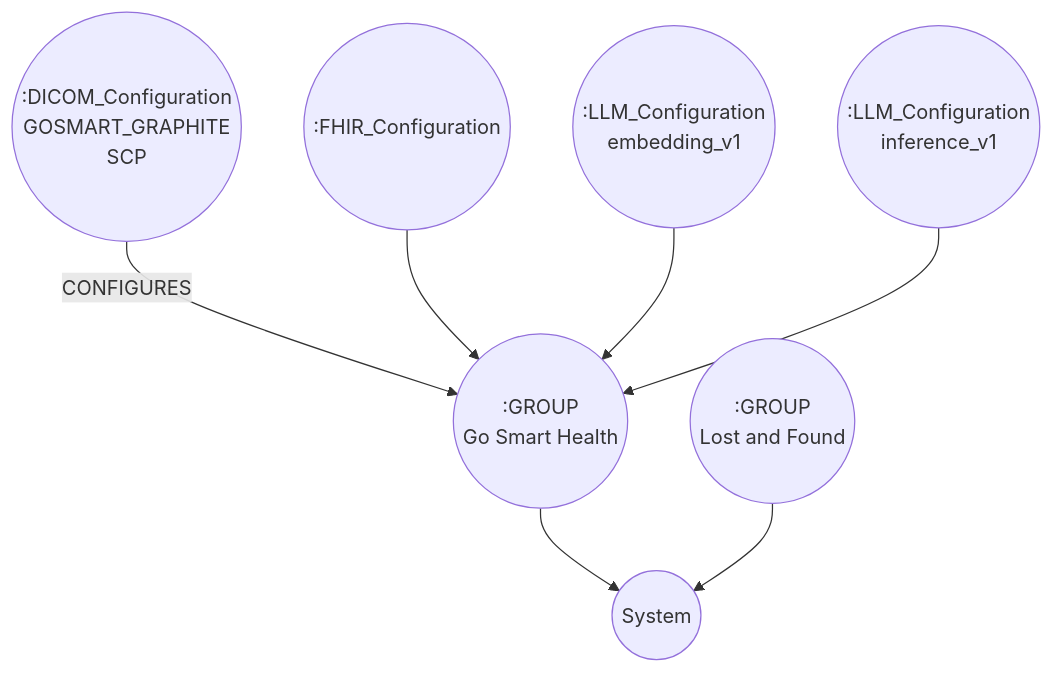
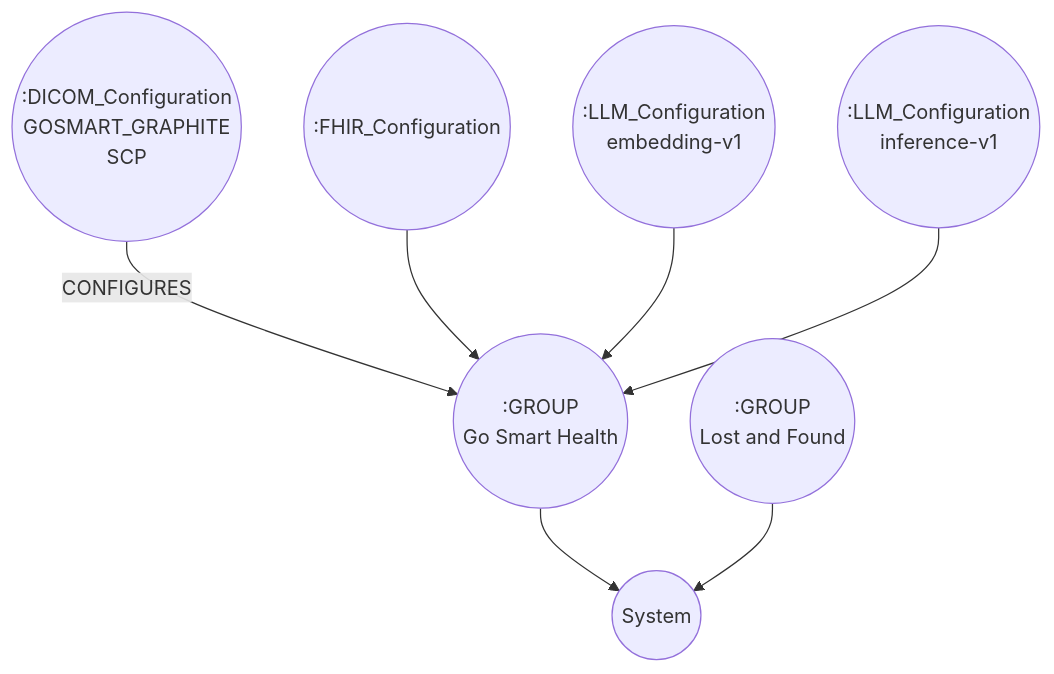
The diagram in devop-scripts/README.md (gosmart-health/gosmart-graphite), drawn with Mermaid before and after one commit. The commit also changed 11 other files, not shown here.

First line of the commit message:
(fix) align LLM embedding tag references with default constant of embedding-v1

````diff
--- a/devop-scripts/README.md
+++ b/devop-scripts/README.md
@@ -17,10 +17,10 @@
 ```mermaid
 flowchart TD
     n2((":GROUP<br>Go Smart Health")) --> n1(("System"))
     n3((":DICOM_Configuration<br>GOSMART_GRAPHITE<br>SCP")) -- CONFIGURES --> n2
     n4((":FHIR_Configuration")) --> n2
-    n5((":LLM_Configuration<br>embedding_v1")) --> n2
-    n6((":LLM_Configuration<br>inference_v1")) --> n2
+    n5((":LLM_Configuration<br>embedding-v1")) --> n2
+    n6((":LLM_Configuration<br>inference-v1")) --> n2
     n7((":GROUP<br>Lost and Found")) --> n1
 
 ```
````
